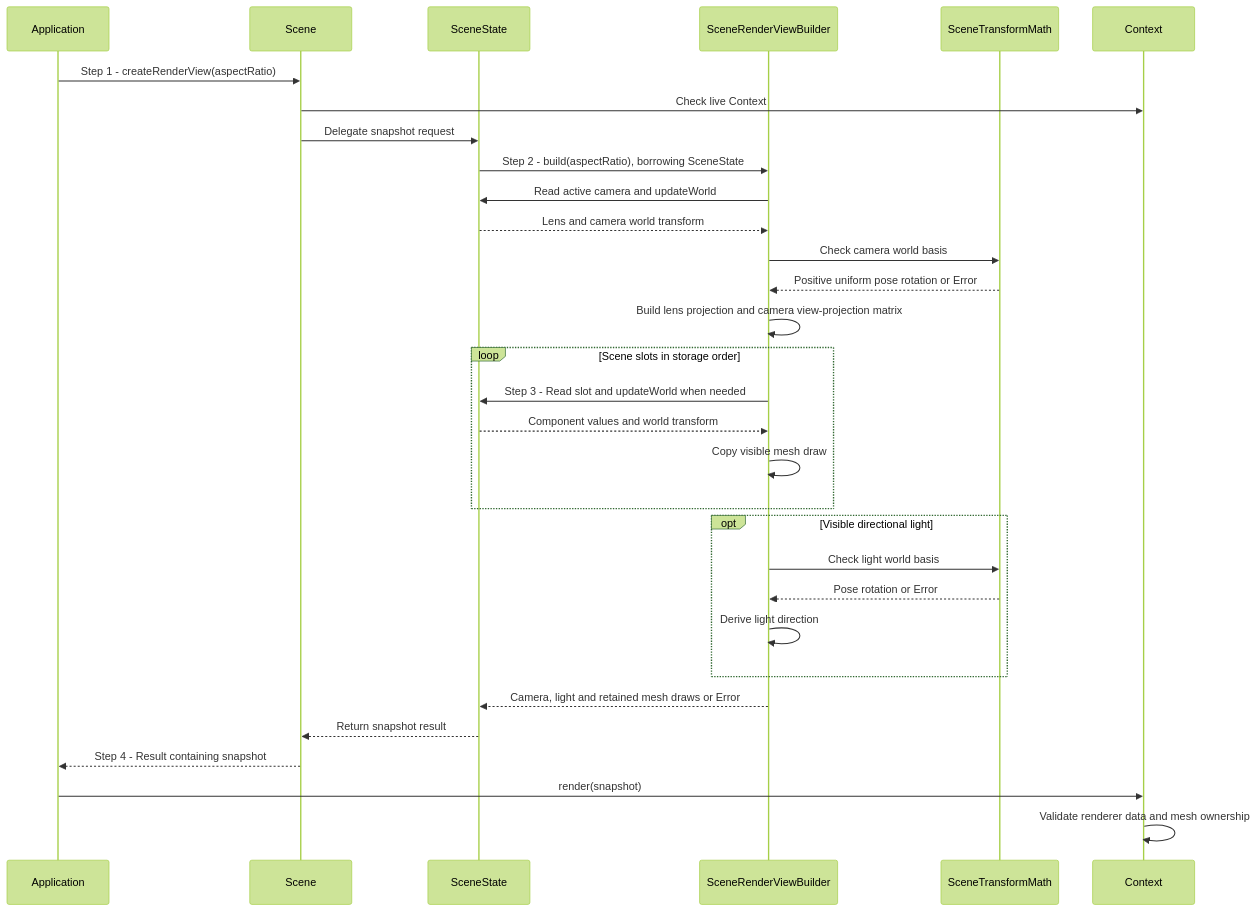
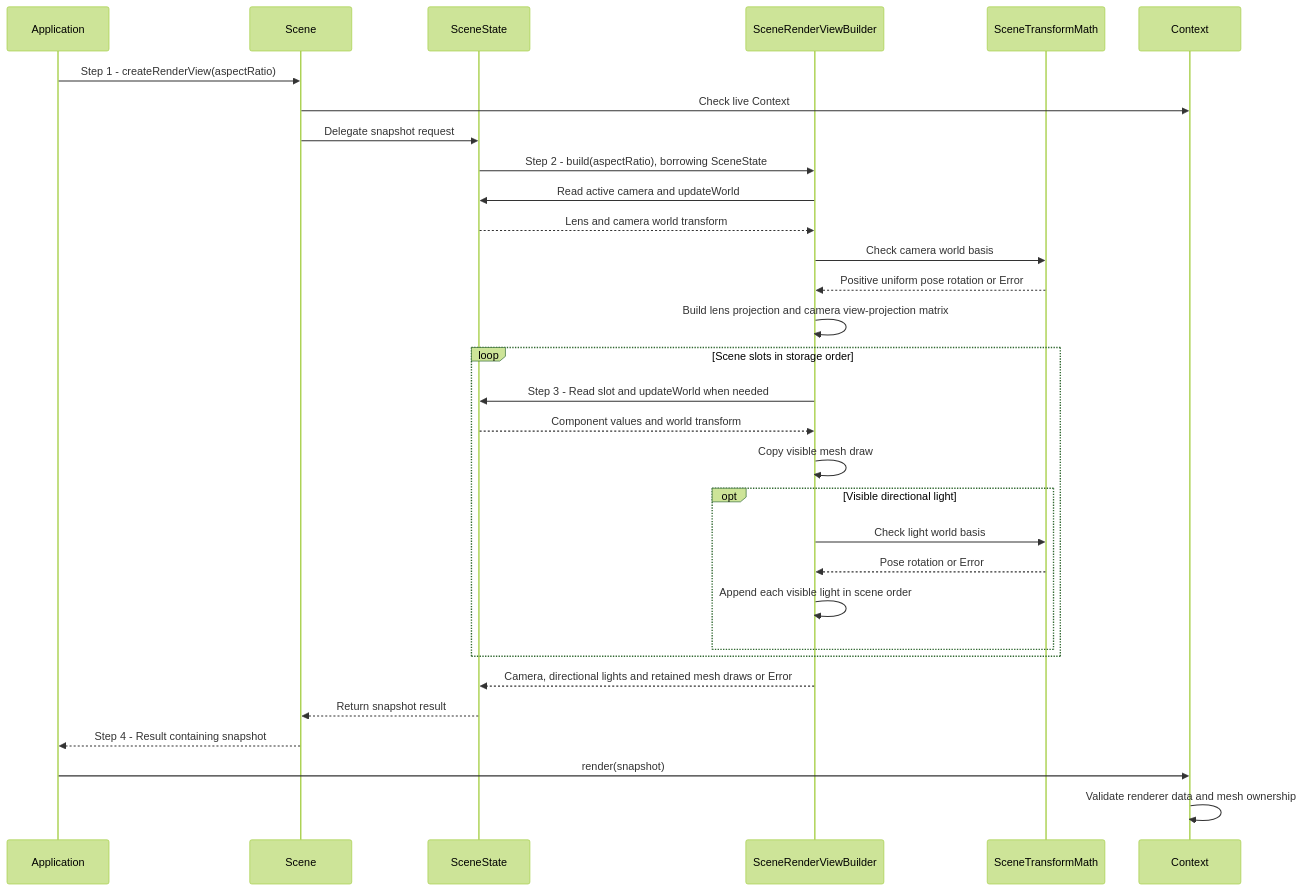
One commit to a-soltysik/Panda changed the diagram in docs/use-cases/render-scene-transforms.md. Above: the diagram before and after it, drawn with Mermaid (forest theme). The commit also changed other lines of this file and 37 other files, not shown here.

Commit message:
Add support for multiple directional lights (#116)

````diff
--- a/docs/use-cases/render-scene-transforms.md
+++ b/docs/use-cases/render-scene-transforms.md
@@ -47,33 +47,33 @@
 ```mermaid
 sequenceDiagram
     participant A as Application
     participant S as Scene
     participant D as SceneState
     participant B as SceneRenderViewBuilder
     participant M as SceneTransformMath
     participant C as Context
     A->>S: Step 1 - createRenderView(aspectRatio)
     S->>C: Check live Context
     S->>D: Delegate snapshot request
     D->>B: Step 2 - build(aspectRatio), borrowing SceneState
     B->>D: Read active camera and updateWorld
     D-->>B: Lens and camera world transform
     B->>M: Check camera world basis
     M-->>B: Positive uniform pose rotation or Error
     B->>B: Build lens projection and camera view-projection matrix
     loop Scene slots in storage order
         B->>D: Step 3 - Read slot and updateWorld when needed
         D-->>B: Component values and world transform
         B->>B: Copy visible mesh draw
+        opt Visible directional light
+            B->>M: Check light world basis
+            M-->>B: Pose rotation or Error
+            B->>B: Append each visible light in scene order
+        end
     end
-    opt Visible directional light
-        B->>M: Check light world basis
-        M-->>B: Pose rotation or Error
-        B->>B: Derive light direction
-    end
-    B-->>D: Camera, light and retained mesh draws or Error
+    B-->>D: Camera, directional lights and retained mesh draws or Error
     D-->>S: Return snapshot result
     S-->>A: Step 4 - Result containing snapshot
     A->>C: render(snapshot)
     C->>C: Validate renderer data and mesh ownership
 ```
````
